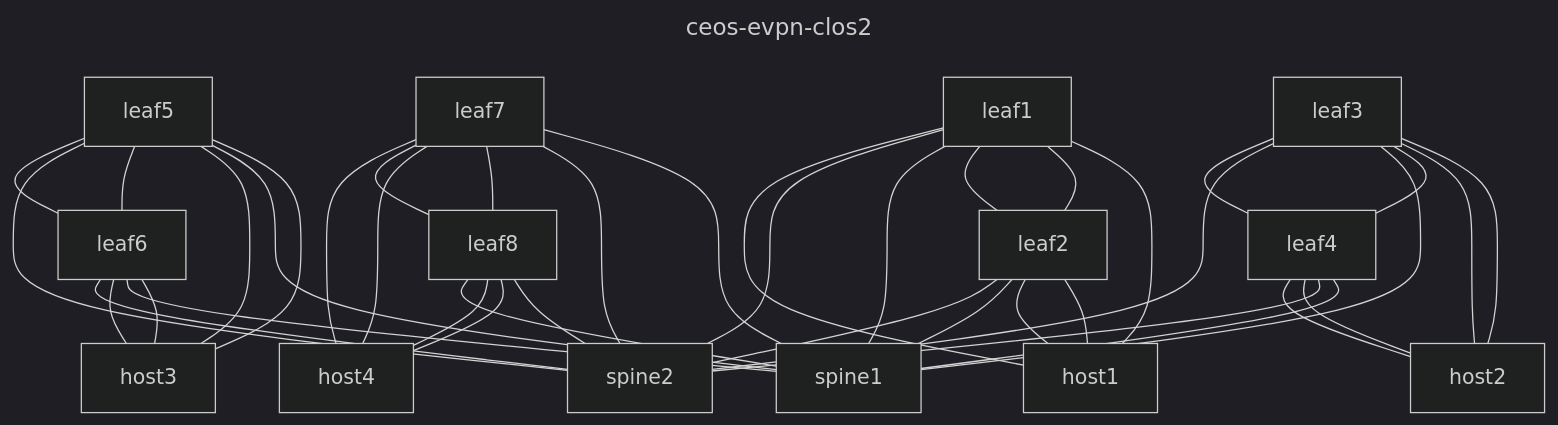
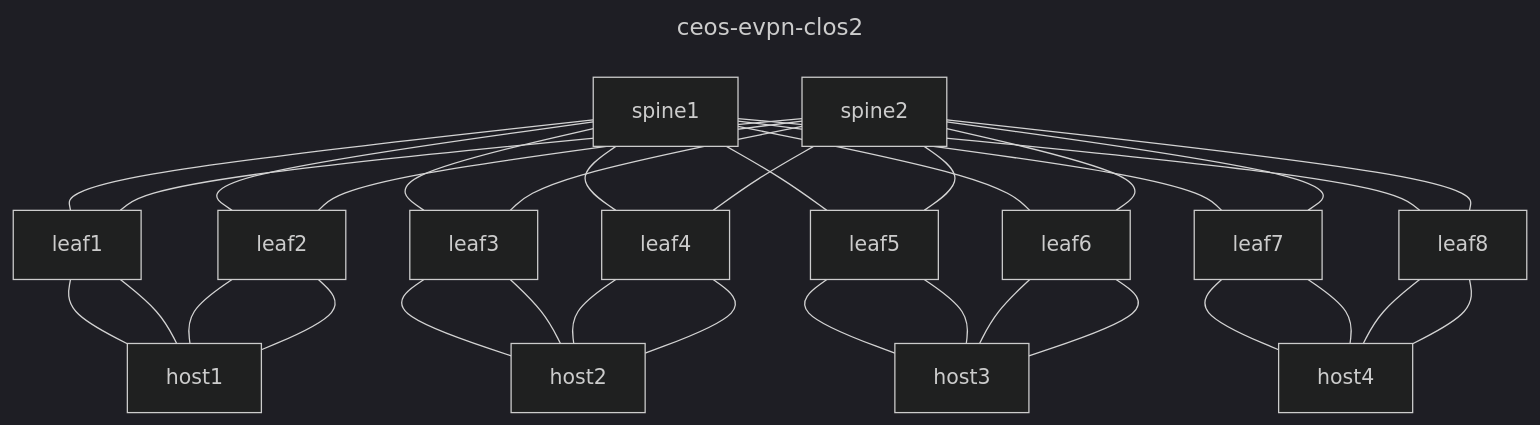
The diagram in clabs-eos/ceos-evpn-clos2.clab.mermaid (jryburn/ac2-labinfo), drawn with Mermaid (dark theme) before and after one commit.

Commit message:
Update topo

```diff
--- a/clabs-eos/ceos-evpn-clos2.clab.mermaid
+++ b/clabs-eos/ceos-evpn-clos2.clab.mermaid
@@ -1,44 +1,36 @@
 ---
 title: ceos-evpn-clos2
 ---
 graph TD
-  leaf4---spine1
-  leaf4---spine2
-  leaf5---host3
-  leaf7---spine1
+  spine1---leaf1
+  spine1---leaf2
+  spine1---leaf3
+  spine1---leaf4
+  spine1---leaf5
+  spine1---leaf6
+  spine1---leaf7
+  spine1---leaf8
+  spine2---leaf1
+  spine2---leaf2
+  spine2---leaf3
+  spine2---leaf4
+  spine2---leaf5
+  spine2---leaf6
+  spine2---leaf7
+  spine2---leaf8
+  leaf1---host1
+  leaf1---host1
+  leaf2---host1
+  leaf2---host1
+  leaf3---host2
   leaf3---host2
   leaf4---host2
-  leaf7---spine2
-  leaf8---spine2
-  leaf2---host1
-  leaf7---leaf8
-  leaf3---host2
   leaf4---host2
-  leaf3---leaf4
-  leaf5---spine1
-  leaf1---host1
-  leaf1---leaf2
-  leaf3---spine1
-  leaf8---host4
+  leaf5---host3
+  leaf5---host3
   leaf6---host3
-  leaf1---leaf2
-  leaf5---host3
-  leaf5---leaf6
-  leaf5---spine2
-  leaf6---spine1
+  leaf6---host3
+  leaf7---host4
   leaf7---host4
   leaf8---host4
-  leaf7---leaf8
-  leaf1---spine1
-  leaf3---spine2
-  leaf1---spine2
-  leaf6---host3
-  leaf5---leaf6
-  leaf7---host4
-  leaf1---host1
-  leaf2---host1
-  leaf3---leaf4
-  leaf6---spine2
-  leaf8---spine1
-  leaf2---spine1
-  leaf2---spine2
+  leaf8---host4
```
